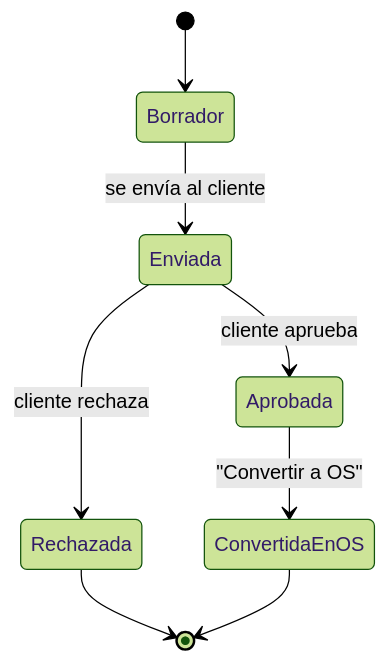
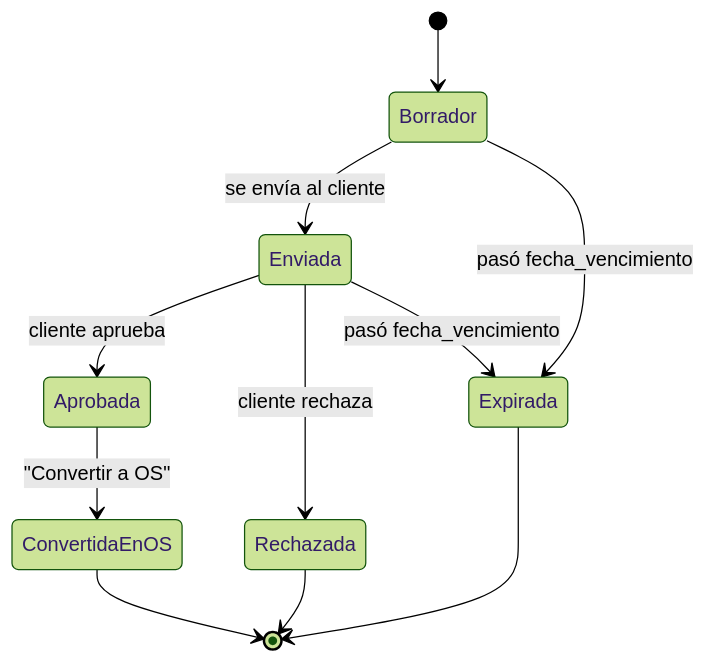
The diagram in docs/5_Estados_Cotizacion.mermaid (CpQuiroz/bitacora), drawn with Mermaid (forest theme) before and after one commit. The commit also changed 3 other files, not shown here.

First line of the commit message:
Bloque I: estado 'Expirado' de cotización — ahora real y persistido

```diff
--- a/docs/5_Estados_Cotizacion.mermaid
+++ b/docs/5_Estados_Cotizacion.mermaid
@@ -1,16 +1,25 @@
 stateDiagram-v2
     [*] --> Borrador
 
     Borrador --> Enviada: se envía al cliente
 
     Enviada --> Aprobada: cliente aprueba
     Enviada --> Rechazada: cliente rechaza
 
     Aprobada --> ConvertidaEnOS: "Convertir a OS"
 
     Rechazada --> [*]
     ConvertidaEnOS --> [*]
 
+    %% Bloque I: "Expirado" es un estado real, marcado automáticamente
+    %% (sin cron — se revisa al cargar el listado o la ficha, ver
+    %% marcarCotizacionesExpiradas() en cotizaciones.ts) cuando pasa
+    %% fecha_vencimiento sin que haya sido aprobada ni rechazada. Antes
+    %% esto solo se calculaba en el frontend ("vencida"), sin persistir.
+    Borrador --> Expirada: pasó fecha_vencimiento
+    Enviada --> Expirada: pasó fecha_vencimiento
+    Expirada --> [*]
+
     %% Nota (hallazgo del informe UX):
     %% Al convertir en OS, hoy no se muestra el folio de la OS
     %% resultante en la tarjeta de la cotización — solo un link genérico.
```
